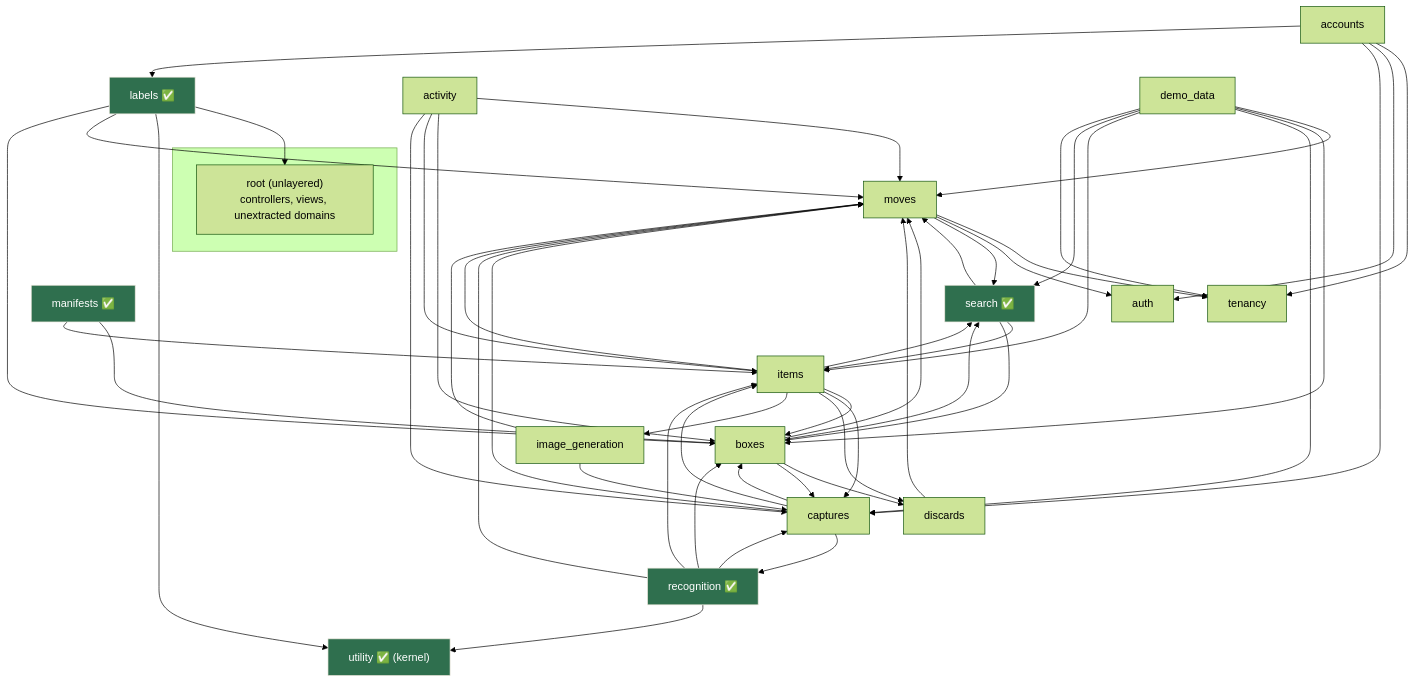
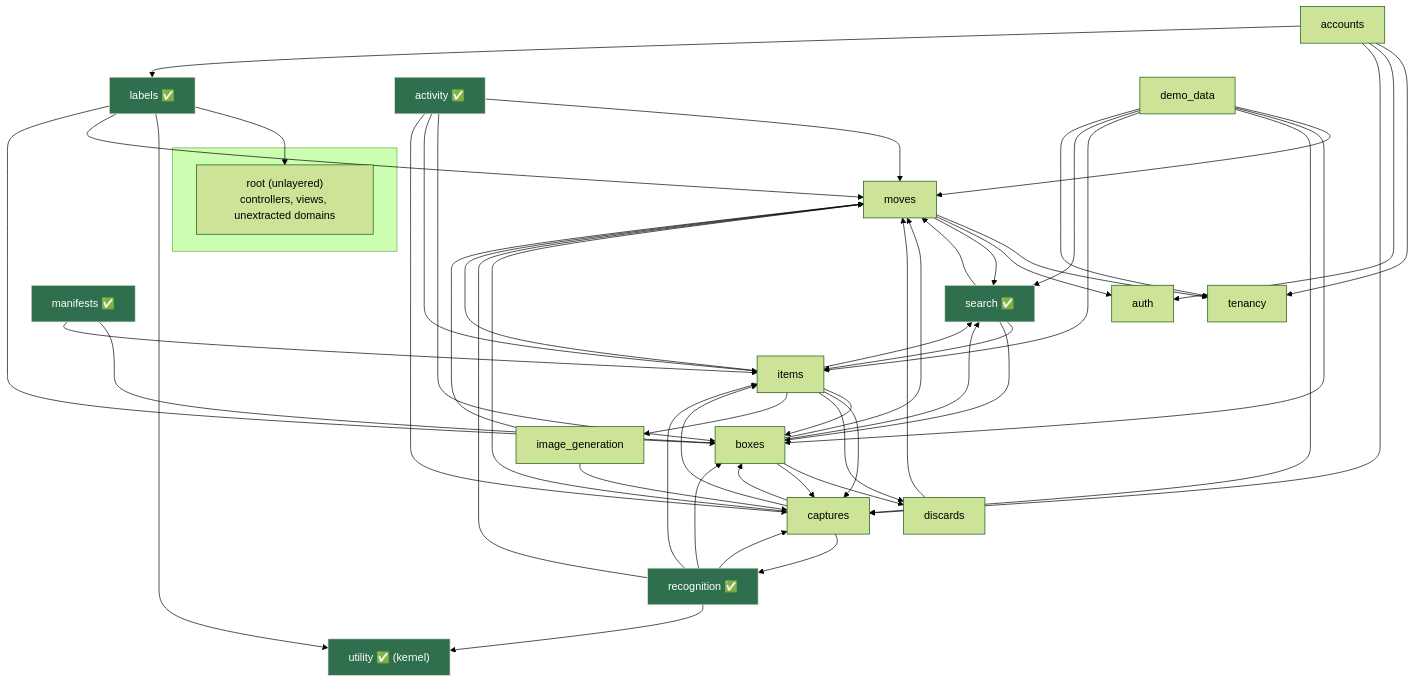
One commit to joel/move changed the diagram in doc/project/packwerk-boundaries.md. Above: the diagram before and after it, drawn with Mermaid (forest theme).

Commit message:
docs(packwerk): mark activity as an extracted domain pack

````diff
--- a/doc/project/packwerk-boundaries.md
+++ b/doc/project/packwerk-boundaries.md
@@ -154,41 +154,41 @@
 ```mermaid
 graph TD
     subgraph application [" "]
       root["root (unlayered)<br/>controllers, views, unextracted domains"]
     end
 
     labels["labels ✅"]
     utility["utility ✅ (kernel)"]
     boxes["boxes"]
     items["items"]
     moves["moves"]
     captures["captures"]
     recognition["recognition ✅"]
     search["search ✅"]
     image_gen["image_generation"]
-    activity["activity"]
+    activity["activity ✅"]
     manifests["manifests ✅"]
     discards["discards"]
     accounts["accounts"]
     demo["demo_data"]
     tenancy["tenancy"]
     auth["auth"]
 
     labels --> root & utility
     boxes --> moves & discards & search & captures
     items --> boxes & moves & captures & discards & image_gen & search
     captures --> moves & boxes & items & recognition
     recognition --> moves & boxes & items & captures & utility
     search --> moves & items & boxes
     moves --> tenancy & auth & search
     image_gen --> moves & captures
     activity --> moves & boxes & items & captures
     manifests --> boxes & items
     labels --> moves & boxes
     accounts --> tenancy & auth & captures & labels
     demo --> moves & boxes & captures & items & search & tenancy
     discards --> moves
 
     classDef done fill:#2f6f4e,stroke:#ECE7DC,color:#fff;
-    class labels,utility,manifests,search,recognition done;
+    class labels,utility,manifests,search,recognition,activity done;
 ```
````
